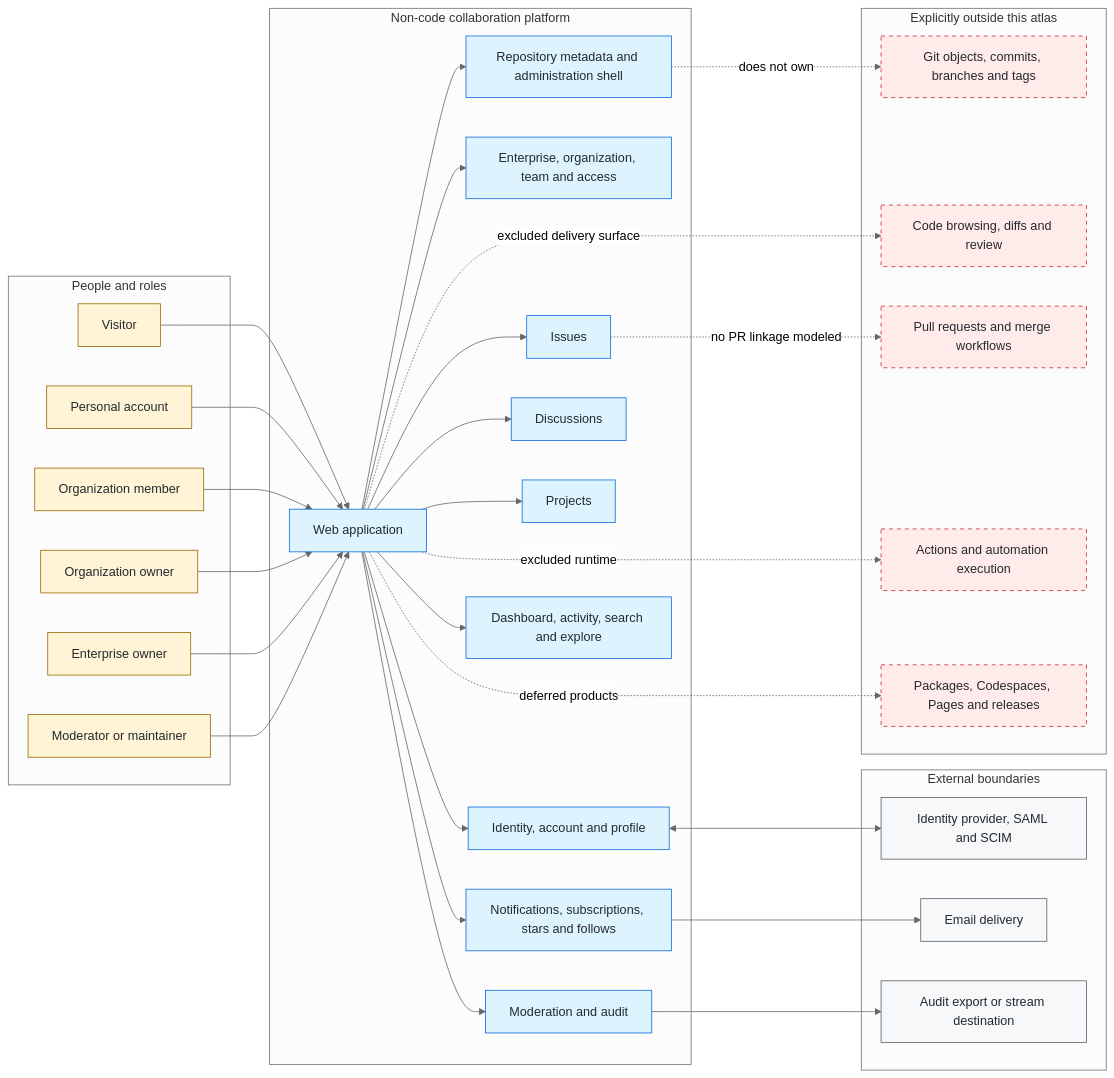
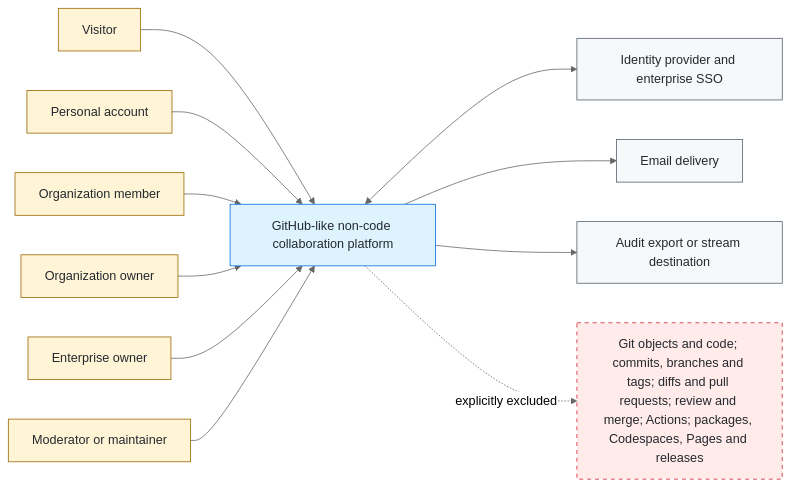
The first of 2 diagrams in docs/github-non-code/02-system-context.md (369sup/support), drawn with Mermaid (neutral theme) before and after one commit. The commit also changed other lines of this file and 14 other files, not shown here.

Commit message:
docs: complete GitHub non-code semantics atlas

````diff
--- a/docs/github-non-code/02-system-context.md
+++ b/docs/github-non-code/02-system-context.md
@@ -10,75 +13,34 @@
 ```mermaid
 flowchart LR
     classDef actor fill:#fff4d6,stroke:#9a6700,color:#24292f
     classDef system fill:#ddf4ff,stroke:#0969da,color:#24292f
     classDef external fill:#f6f8fa,stroke:#57606a,color:#24292f
     classDef excluded fill:#ffebe9,stroke:#cf222e,color:#24292f,stroke-dasharray:5 5
 
-    subgraph People["People and roles"]
-        Visitor["Visitor"]
-        Account["Personal account"]
-        Member["Organization member"]
-        OrgOwner["Organization owner"]
-        EnterpriseOwner["Enterprise owner"]
-        Moderator["Moderator or maintainer"]
-    end
+    Visitor["Visitor"]:::actor
+    Account["Personal account"]:::actor
+    Member["Organization member"]:::actor
+    OrgOwner["Organization owner"]:::actor
+    EnterpriseOwner["Enterprise owner"]:::actor
+    Moderator["Moderator or maintainer"]:::actor
 
-    subgraph Platform["Non-code collaboration platform"]
-        Web["Web application"]
-        Identity["Identity, account and profile"]
-        Governance["Enterprise, organization, team and access"]
-        RepoShell["Repository metadata and administration shell"]
-        Issues["Issues"]
-        Discussions["Discussions"]
-        Projects["Projects"]
-        Engagement["Notifications, subscriptions, stars and follows"]
-        Discovery["Dashboard, activity, search and explore"]
-        Safety["Moderation and audit"]
-    end
+    Platform["GitHub-like non-code collaboration platform"]:::system
 
-    subgraph External["External boundaries"]
-        IdP["Identity provider, SAML and SCIM"]
-        Mail["Email delivery"]
-        AuditSink["Audit export or stream destination"]
-    end
+    IdP["Identity provider and enterprise SSO"]:::external
+    Mail["Email delivery"]:::external
+    AuditSink["Audit export or stream destination"]:::external
 
-    subgraph Out["Explicitly outside this atlas"]
-        Git["Git objects, commits, branches and tags"]
-        Code["Code browsing, diffs and review"]
-        PR["Pull requests and merge workflows"]
-        Actions["Actions and automation execution"]
-        DevProducts["Packages, Codespaces, Pages and releases"]
-    end
+    Excluded["Git objects and code; commits, branches and tags; diffs and pull requests; review and merge; Actions; packages, Codespaces, Pages and releases"]:::excluded
 
-    Visitor --> Web
-    Account --> Web
-    Member --> Web
-    OrgOwner --> Web
-    EnterpriseOwner --> Web
-    Moderator --> Web
+    Visitor --> Platform
+    Account --> Platform
+    Member --> Platform
+    OrgOwner --> Platform
+    EnterpriseOwner --> Platform
+    Moderator --> Platform
 
-    Web --> Identity
-    Web --> Governance
-    Web --> RepoShell
-    Web --> Issues
-    Web --> Discussions
-    Web --> Projects
-    Web --> Engagement
-    Web --> Discovery
-    Web --> Safety
-
-    Identity <--> IdP
-    Engagement --> Mail
-    Safety --> AuditSink
-
-    RepoShell -. "does not own" .-> Git
-    Issues -. "no PR linkage modeled" .-> PR
-    Web -. "excluded delivery surface" .-> Code
-    Web -. "excluded runtime" .-> Actions
-    Web -. "deferred products" .-> DevProducts
-
-    class Visitor,Account,Member,OrgOwner,EnterpriseOwner,Moderator actor
-    class Web,Identity,Governance,RepoShell,Issues,Discussions,Projects,Engagement,Discovery,Safety system
-    class IdP,Mail,AuditSink external
-    class Git,Code,PR,Actions,DevProducts excluded
+    Platform <--> IdP
+    Platform --> Mail
+    Platform --> AuditSink
+    Platform -. "explicitly excluded" .-> Excluded
 ```
````
